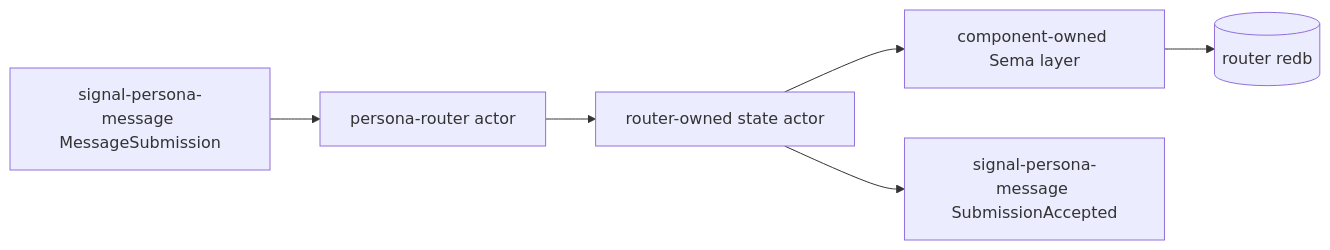
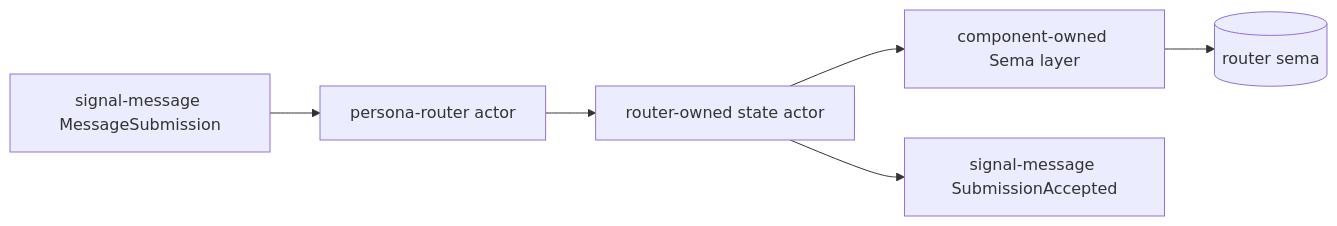
The third of 3 diagrams in TESTS.md (LiGoldragon/persona), drawn with Mermaid before and after one commit. The commit also changed other lines of this file and 46 other files, not shown here.

Commit message:
persona: migrate manager to current signal and sema stack

````diff
--- a/TESTS.md
+++ b/TESTS.md
@@ -433,12 +433,12 @@
 ```mermaid
 flowchart LR
-    message["signal-persona-message MessageSubmission"]
+    message["signal-message MessageSubmission"]
     router["persona-router actor"]
     state["router-owned state actor"]
     sema["component-owned Sema layer"]
-    redb[("router redb")]
-    reply["signal-persona-message SubmissionAccepted"]
+    sema_file[("router sema")]
+    reply["signal-message SubmissionAccepted"]
 
-    message --> router --> state --> sema --> redb
+    message --> router --> state --> sema --> sema_file
     state --> reply
 ```
````
